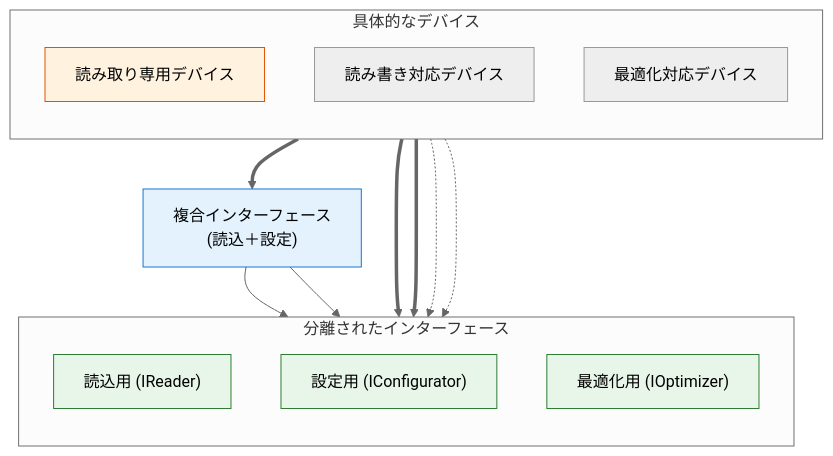
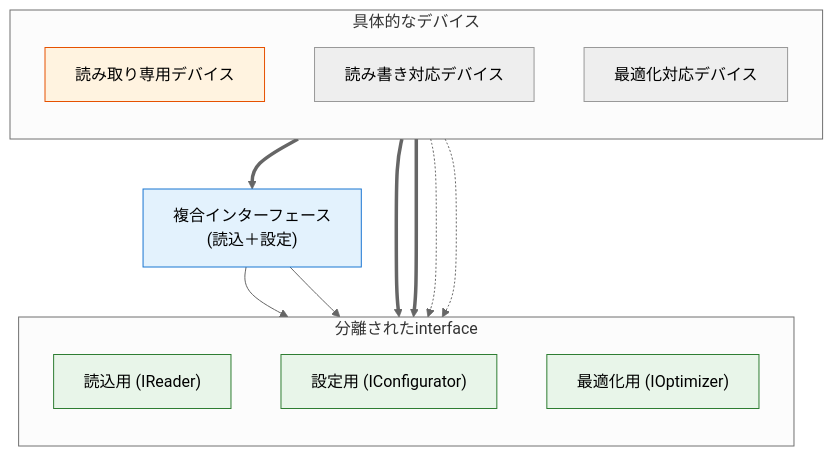
The eighth of 8 diagrams in 02_章別/15_第2部 第11章 インターフェース分離原則 (ISP) 不要な依存の排除とモジュール結合度の最小化_01.md (kumachan1101/BookProject), drawn with Mermaid (neutral theme) before and after one commit. The commit also changed other lines of this file and 175 other files, not shown here.

````diff
--- a/02_章別/15_第2部 第11章 インターフェース分離原則 (ISP) 不要な依存の排除とモジュール結合度の最小化_01.md
+++ b/02_章別/15_第2部 第11章 インターフェース分離原則 (ISP) 不要な依存の排除とモジュール結合度の最小化_01.md
@@ -528,43 +528,43 @@
 ```mermaid
 graph TB
       %% 1. 具象実装（左側->上）
       subgraph Impls ["具体的なデバイス"]
           direction TB
           RO["読み取り専用デバイス"]
           RW["読み書き対応デバイス"]
           OPT["最適化対応デバイス"]
       end
 
       %% 2. 中間・複合（中央：インターフェースの再構成）
       COMP["複合インターフェース<br/>(読込＋設定)"]
 
       %% 3. 分離されたVTable（右側->下：最小単位の契約）
-      subgraph Abstractions ["分離されたインターフェース"]
+      subgraph Abstractions ["分離されたinterface"]
           direction TB
           VR["読込用 (IReader)"]
           VC["設定用 (IConfigurator)"]
           VO["最適化用 (IOptimizer)"]
       end
 
       %% 接続ルール
 
       %% 読み取り専用：必要なものだけに依存
       RO ==> VR
 
       %% 読み書き対応：複合インターフェース経由で整理
       RW ==> COMP
       COMP --> VR
       COMP --> VC
 
       %% 最適化対応：各インターフェースを個別に実装
       OPT ==> VO
       OPT -.-> VC
       OPT -.-> VR
 
       %% スタイル設定
       style VR fill:#e8f5e9,stroke:#2e7d32
       style VC fill:#e8f5e9,stroke:#2e7d32
       style VO fill:#e8f5e9,stroke:#2e7d32
       style COMP fill:#e3f2fd,stroke:#1976d2
       style RO fill:#fff3e0,stroke:#e65100
 ```
````
